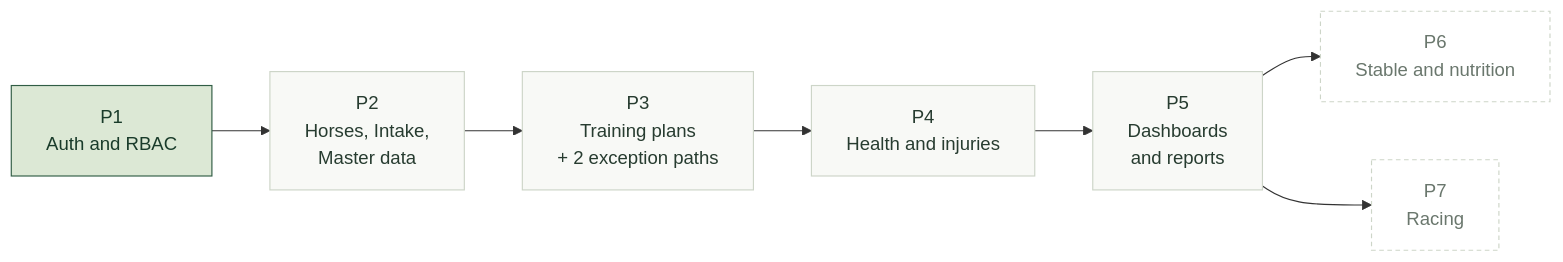
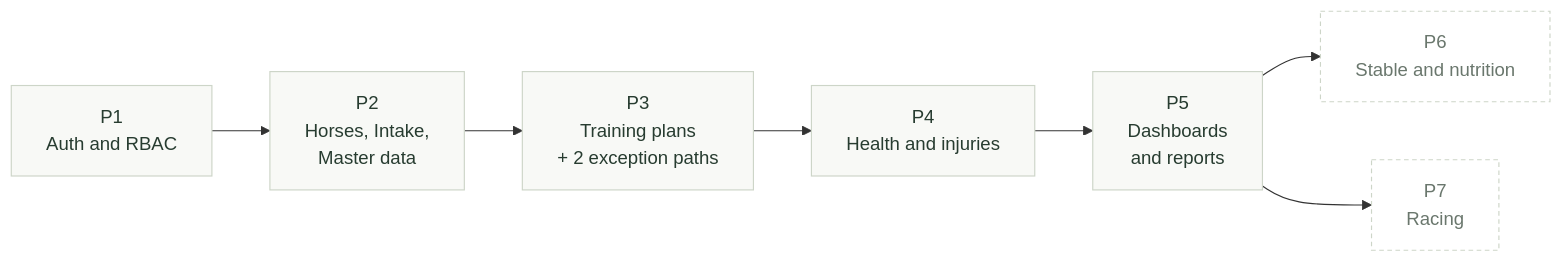
Before and after one commit to MinhMQ1711/Horse-Training-Club: the ninth of 11 diagrams in docs/ARCHITECTURE.md, drawn with Mermaid. The commit also changed other lines of this file and 179 other files, not shown here.

````diff
--- a/docs/ARCHITECTURE.md
+++ b/docs/ARCHITECTURE.md
@@ -313,18 +313,18 @@
 ```mermaid
 flowchart LR
-  P1["P1<br/>Auth and RBAC"]:::done
+  P1["P1<br/>Auth and RBAC"]:::todo
   P2["P2<br/>Horses, Intake,<br/>Master data"]:::todo
   P3["P3<br/>Training plans<br/>+ 2 exception paths"]:::todo
   P4["P4<br/>Health and injuries"]:::todo
   P5["P5<br/>Dashboards<br/>and reports"]:::todo
   P6["P6<br/>Stable and nutrition"]:::opt
   P7["P7<br/>Racing"]:::opt
 
   P1 --> P2 --> P3 --> P4 --> P5
   P5 --> P6
   P5 --> P7
 
   classDef done fill:#dce8d5,stroke:#315d45,color:#193b2a
   classDef todo fill:#f8f9f6,stroke:#cdd5c8,color:#273c30
   classDef opt fill:#ffffff,stroke:#cdd5c8,color:#6a776d,stroke-dasharray: 4 3
 ```
````
